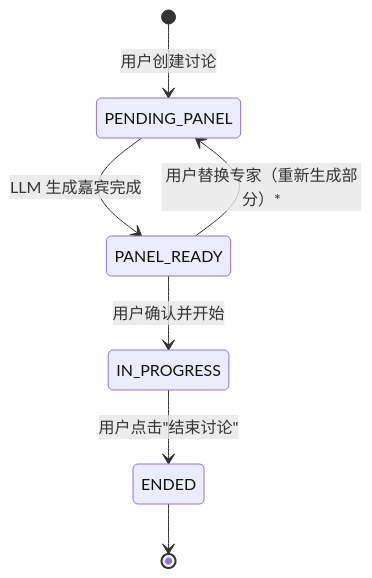
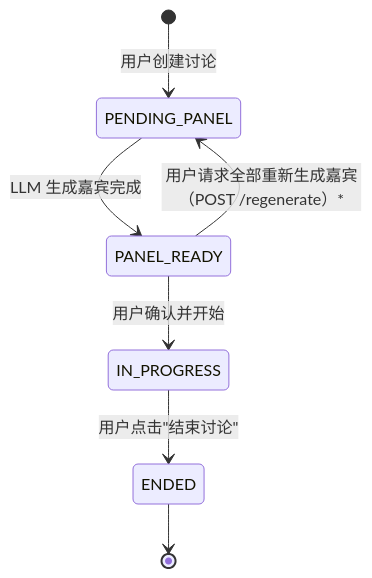
The first of 3 diagrams in docs/sdd/01-domain-model.md (davidL-zhan/Panel_Studio), drawn with Mermaid before and after one commit. The commit also changed other lines of this file and 5 other files, not shown here.

````diff
--- a/docs/sdd/01-domain-model.md
+++ b/docs/sdd/01-domain-model.md
@@ -31,9 +31,9 @@
 ```mermaid
 stateDiagram-v2
     [*] --> PENDING_PANEL: 用户创建讨论
     PENDING_PANEL --> PANEL_READY: LLM 生成嘉宾完成
-    PANEL_READY --> PENDING_PANEL: 用户替换专家（重新生成部分）*
+    PANEL_READY --> PENDING_PANEL: 用户请求全部重新生成嘉宾（POST /regenerate）*
     PANEL_READY --> IN_PROGRESS: 用户确认并开始
     IN_PROGRESS --> ENDED: 用户点击"结束讨论"
     ENDED --> [*]
 ```
````
